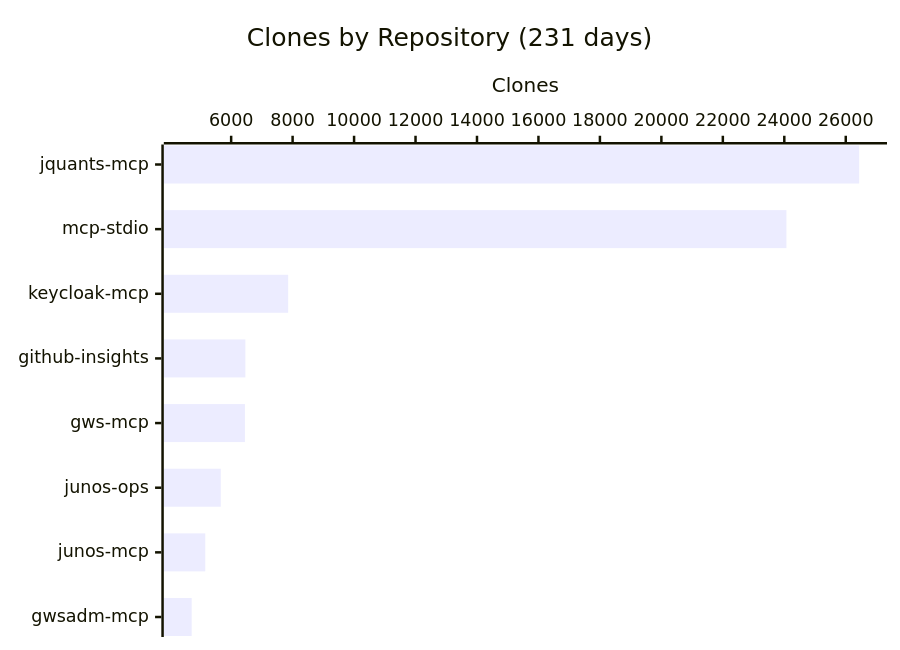
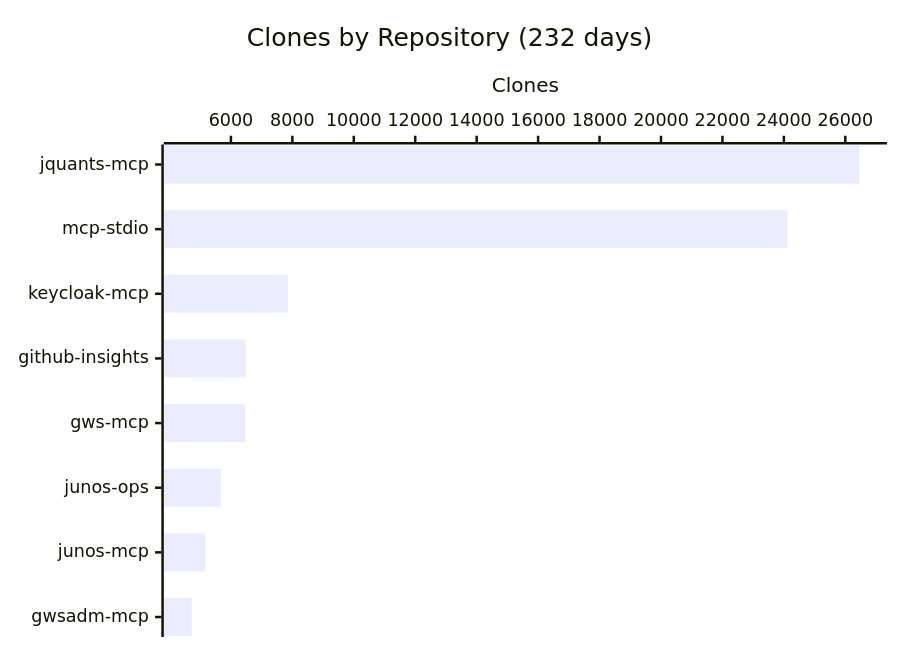
One commit to shigechika/github-insights changed the fourth of 4 diagrams in README.md. Above: the diagram before and after it, drawn with Mermaid. The commit also changed other lines of this file and 1 other file, not shown here.

````diff
--- a/README.md
+++ b/README.md
@@ -58,7 +58,7 @@
 ```mermaid
 xychart-beta horizontal
-    title "Clones by Repository (231 days)"
+    title "Clones by Repository (232 days)"
     x-axis ["jquants-mcp", "mcp-stdio", "keycloak-mcp", "github-insights", "gws-mcp", "junos-ops", "junos-mcp", "gwsadm-mcp"]
     y-axis "Clones"
-    bar [26436, 24069, 7856, 6463, 6449, 5663, 5158, 4715]
+    bar [26451, 24112, 7863, 6485, 6463, 5668, 5165, 4722]
 ```
````
